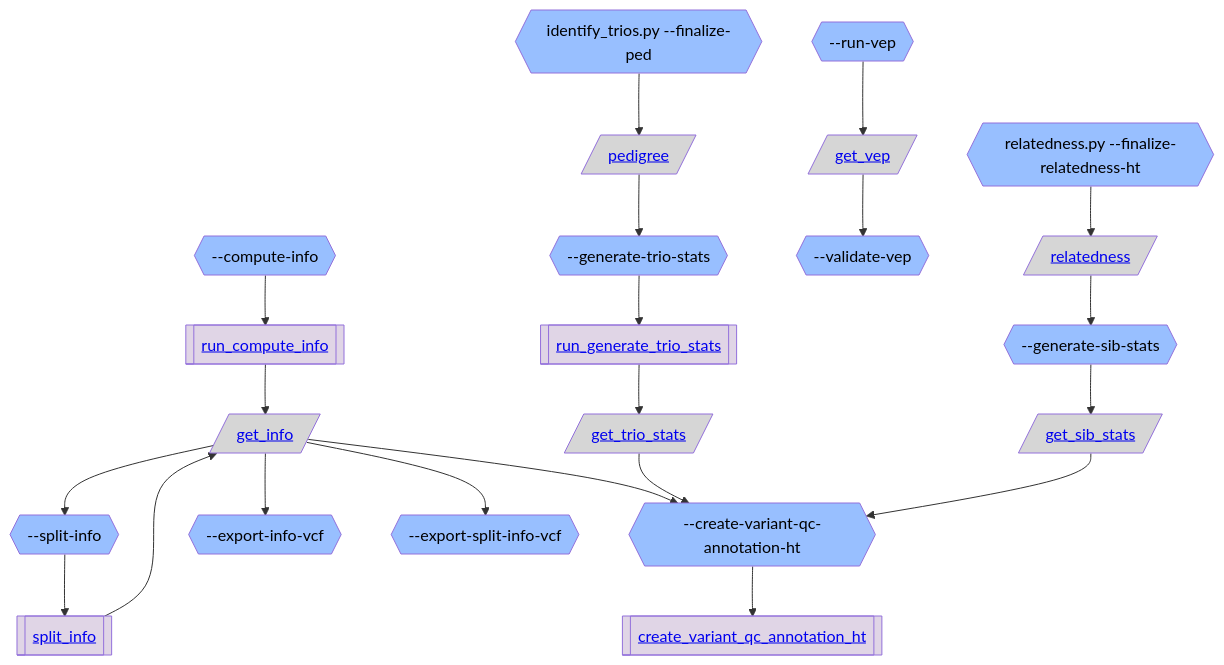
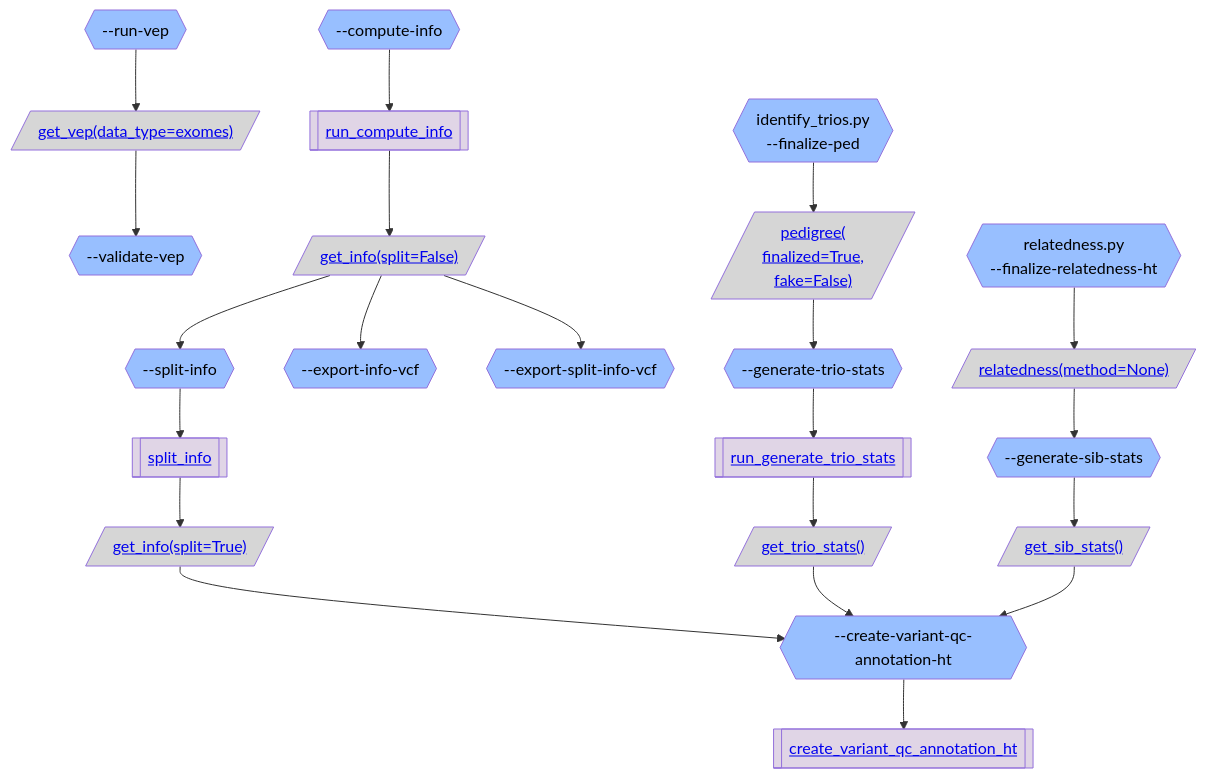
Before and after one commit to broadinstitute/gnomad_qc: the second of 5 diagrams in gnomad_qc/v4/annotations/README.md, drawn with Mermaid. The commit also changed other lines of this file and 3 other files, not shown here.

````diff
--- a/gnomad_qc/v4/annotations/README.md
+++ b/gnomad_qc/v4/annotations/README.md
@@ -96,52 +125,57 @@
 ```mermaid
 flowchart TB;
   classDef script_color fill:#2C5D4A,color:#000000
   classDef step_color fill:#98BFFF,color:#000000
   classDef func_color fill:#E0D5E6,color:#000000
   classDef gnomad_methods_color fill:#F9F2CE,color:#000000
   classDef hail_color fill:#FAEACE,color:#000000
   classDef resource_color fill:#D6D6D6,color:#000000
   classDef validity_check_color fill:#2C5D4A,color:#000000
 
   step_compute_info{{"--compute-info"}}:::step_color;
   func_run_compute_info[["<a href='https://github.com/broadinstitute/gnomad_qc/tree/main/gnomad_qc/v4/annotations/generate_variant_qc_annotations.py#L221'>run_compute_info</a>"]]:::func_color;
-  resource_get_info[/"<a href='https://github.com/broadinstitute/gnomad_qc/tree/main/gnomad_qc/v4/resources/annotations.py#L47'>get_info</a>"/]:::resource_color;
+  resource_get_info_split_False[/"<a href='https://github.com/broadinstitute/gnomad_qc/tree/main/gnomad_qc/v4/resources/annotations.py#L47'>get_info(split=False)</a>"/]:::resource_color;
   step_split_info{{"--split-info"}}:::step_color;
   func_split_info[["<a href='https://github.com/broadinstitute/gnomad_qc/tree/main/gnomad_qc/v4/annotations/generate_variant_qc_annotations.py#L399'>split_info</a>"]]:::func_color;
+  resource_get_info_split_True[/"<a href='https://github.com/broadinstitute/gnomad_qc/tree/main/gnomad_qc/v4/resources/annotations.py#L47'>get_info(split=True)</a>"/]:::resource_color;
   step_create_variant_qc_annotation_ht{{"--create-variant-qc-annotation-ht"}}:::step_color;
   func_create_variant_qc_annotation_ht[["<a href='https://github.com/broadinstitute/gnomad_qc/tree/main/gnomad_qc/v4/annotations/generate_variant_qc_annotations.py#L478'>create_variant_qc_annotation_ht</a>"]]:::func_color;
   step_generate_trio_stats{{"--generate-trio-stats"}}:::step_color;
   func_run_generate_trio_stats[["<a href='https://github.com/broadinstitute/gnomad_qc/tree/main/gnomad_qc/v4/annotations/generate_variant_qc_annotations.py#L427'>run_generate_trio_stats</a>"]]:::func_color;
-  resource_get_trio_stats[/"<a href='https://github.com/broadinstitute/gnomad_qc/tree/main/gnomad_qc/v4/resources/annotations.py#L113'>get_trio_stats</a>"/]:::resource_color;
+  resource_get_trio_stats_[/"<a href='https://github.com/broadinstitute/gnomad_qc/tree/main/gnomad_qc/v4/resources/annotations.py#L113'>get_trio_stats()</a>"/]:::resource_color;
   step_generate_sib_stats{{"--generate-sib-stats"}}:::step_color;
-  resource_get_sib_stats[/"<a href='https://github.com/broadinstitute/gnomad_qc/tree/main/gnomad_qc/v4/resources/annotations.py#L131'>get_sib_stats</a>"/]:::resource_color;
+  resource_get_sib_stats_[/"<a href='https://github.com/broadinstitute/gnomad_qc/tree/main/gnomad_qc/v4/resources/annotations.py#L131'>get_sib_stats()</a>"/]:::resource_color;
   step_export_info_vcf{{"--export-info-vcf"}}:::step_color;
   step_export_split_info_vcf{{"--export-split-info-vcf"}}:::step_color;
   step_run_vep{{"--run-vep"}}:::step_color;
-  resource_get_vep[/"<a href='https://github.com/broadinstitute/gnomad_qc/tree/main/gnomad_qc/v4/resources/annotations.py#L69'>get_vep</a>"/]:::resource_color;
+  resource_get_vep_data_type_exomes[/"<a href='https://github.com/broadinstitute/gnomad_qc/tree/main/gnomad_qc/v4/resources/annotations.py#L69'>get_vep(data_type=exomes)</a>"/]:::resource_color;
   step_validate_vep{{"--validate-vep"}}:::step_color;
-  step_finalize_ped{{"identify_trios.py --finalize-ped"}}:::step_color;
-  resource_pedigree[/"<a href='https://github.com/broadinstitute/gnomad_qc/tree/main/gnomad_qc/v4/resources/sample_qc.py#L913'>pedigree</a>"/]:::resource_color;
-  step_finalize_relatedness_ht{{"relatedness.py --finalize-relatedness-ht"}}:::step_color;
-  resource_relatedness[/"<a href='https://github.com/broadinstitute/gnomad_qc/tree/main/gnomad_qc/v4/resources/sample_qc.py#L473'>relatedness</a>"/]:::resource_color;
+  step_finalize_ped{{"identify_trios.py
+--finalize-ped"}}:::step_color;
+  resource_pedigree_finalized_True_fake_False[/"<a href='https://github.com/broadinstitute/gnomad_qc/tree/main/gnomad_qc/v4/resources/sample_qc.py#L913'>pedigree(
+finalized=True,
+fake=False)</a>"/]:::resource_color;
+  step_finalize_relatedness_ht{{"relatedness.py
+--finalize-relatedness-ht"}}:::step_color;
+  resource_relatedness_method_None[/"<a href='https://github.com/broadinstitute/gnomad_qc/tree/main/gnomad_qc/v4/resources/sample_qc.py#L473'>relatedness(method=None)</a>"/]:::resource_color;
   step_compute_info --> func_run_compute_info;
-  func_run_compute_info --> resource_get_info;
-  resource_get_info --> step_split_info;
+  func_run_compute_info --> resource_get_info_split_False;
+  resource_get_info_split_False --> step_split_info;
   step_split_info --> func_split_info;
-  func_split_info --> resource_get_info;
-  resource_get_info --> step_create_variant_qc_annotation_ht;
+  func_split_info --> resource_get_info_split_True;
+  resource_get_info_split_True --> step_create_variant_qc_annotation_ht;
   step_create_variant_qc_annotation_ht --> func_create_variant_qc_annotation_ht;
   step_generate_trio_stats --> func_run_generate_trio_stats;
-  func_run_generate_trio_stats --> resource_get_trio_stats;
-  resource_get_trio_stats --> step_create_variant_qc_annotation_ht;
-  step_generate_sib_stats --> resource_get_sib_stats;
-  resource_get_sib_stats --> step_create_variant_qc_annotation_ht;
-  resource_get_info --> step_export_info_vcf;
-  resource_get_info --> step_export_split_info_vcf;
-  step_run_vep --> resource_get_vep;
-  resource_get_vep --> step_validate_vep;
-  step_finalize_ped --> resource_pedigree;
-  resource_pedigree --> step_generate_trio_stats;
-  step_finalize_relatedness_ht --> resource_relatedness;
-  resource_relatedness --> step_generate_sib_stats;
+  func_run_generate_trio_stats --> resource_get_trio_stats_;
+  resource_get_trio_stats_ --> step_create_variant_qc_annotation_ht;
+  step_generate_sib_stats --> resource_get_sib_stats_;
+  resource_get_sib_stats_ --> step_create_variant_qc_annotation_ht;
+  resource_get_info_split_False --> step_export_info_vcf;
+  resource_get_info_split_False --> step_export_split_info_vcf;
+  step_run_vep --> resource_get_vep_data_type_exomes;
+  resource_get_vep_data_type_exomes --> step_validate_vep;
+  step_finalize_ped --> resource_pedigree_finalized_True_fake_False;
+  resource_pedigree_finalized_True_fake_False --> step_generate_trio_stats;
+  step_finalize_relatedness_ht --> resource_relatedness_method_None;
+  resource_relatedness_method_None --> step_generate_sib_stats;
 ```
````
